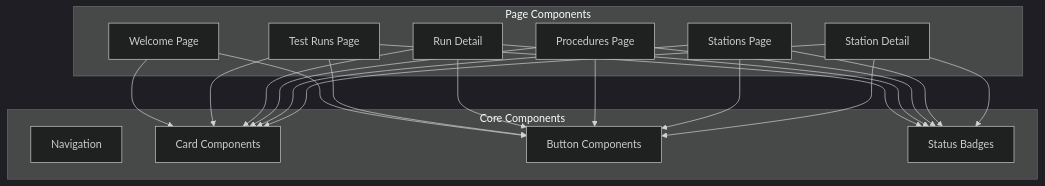
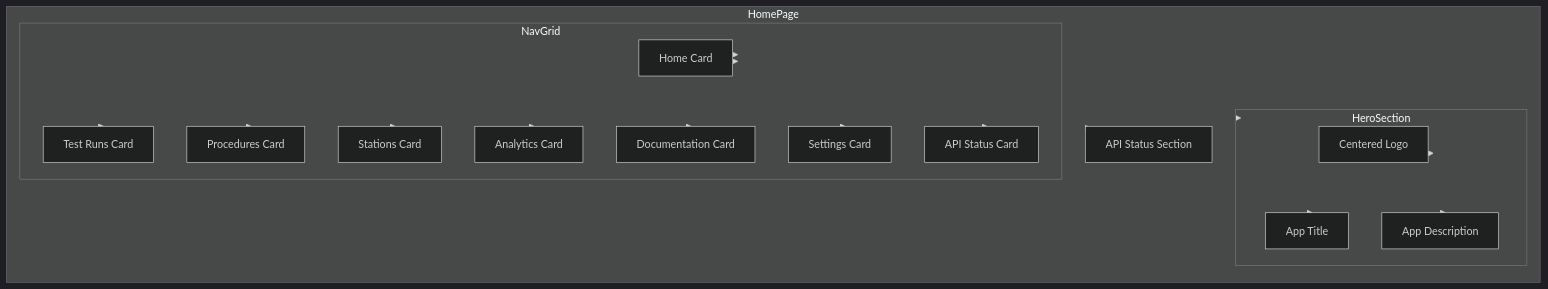
One commit to mvalancy-mt/NotTofu changed the fourth of 6 diagrams in docs/architecture/frontend_architecture.md. Above: the diagram before and after it, drawn with Mermaid (dark theme). The commit also changed other lines of this file and 64 other files, not shown here.

````diff
--- a/docs/architecture/frontend_architecture.md
+++ b/docs/architecture/frontend_architecture.md
@@ -86,41 +166,34 @@
 ```mermaid
 graph TB
-    subgraph Core Components
-        Navigation[Navigation]
-        Card[Card Components]
-        Button[Button Components]
-        StatusBadge[Status Badges]
+    subgraph HomePage
+        HeroSection[Hero Section]
+        NavGrid[Navigation Grid]
+        APIStatus[API Status Section]
     end
-
-    subgraph Page Components
-        Welcome[Welcome Page]
-        Runs[Test Runs Page]
-        RunDetail[Run Detail]
-        Procedures[Procedures Page]
-        Stations[Stations Page]
-        StationDetail[Station Detail]
+    
+    subgraph HeroSection
+        CenteredLogo[Centered Logo]
+        Title[App Title]
+        Description[App Description]
     end
-
-    Welcome --> Card
-    Welcome --> Button
     
-    Runs --> Card
-    Runs --> Button
-    Runs --> StatusBadge
+    subgraph NavGrid
+        HomeCard[Home Card]
+        RunsCard[Test Runs Card]
+        ProceduresCard[Procedures Card]
+        StationsCard[Stations Card]
+        AnalyticsCard[Analytics Card]
+        DocsCard[Documentation Card]
+        SettingsCard[Settings Card]
+        APIStatusCard[API Status Card]
+    end
     
-    RunDetail --> Card
-    RunDetail --> Button
-    RunDetail --> StatusBadge
-    
-    Procedures --> Card
-    Procedures --> Button
-    Procedures --> StatusBadge
-    
-    Stations --> Card
-    Stations --> Button
-    Stations --> StatusBadge
-    
-    StationDetail --> Card
-    StationDetail --> Button
-    StationDetail --> StatusBadge
+    HeroSection --> CenteredLogo
+    HeroSection --> Title
+    HeroSection --> Description
+    NavGrid --> HomeCard & RunsCard & ProceduresCard & StationsCard
+    NavGrid --> AnalyticsCard & DocsCard & SettingsCard & APIStatusCard
+    HomePage --> HeroSection
+    HomePage --> NavGrid
+    HomePage --> APIStatus
 ```
````
